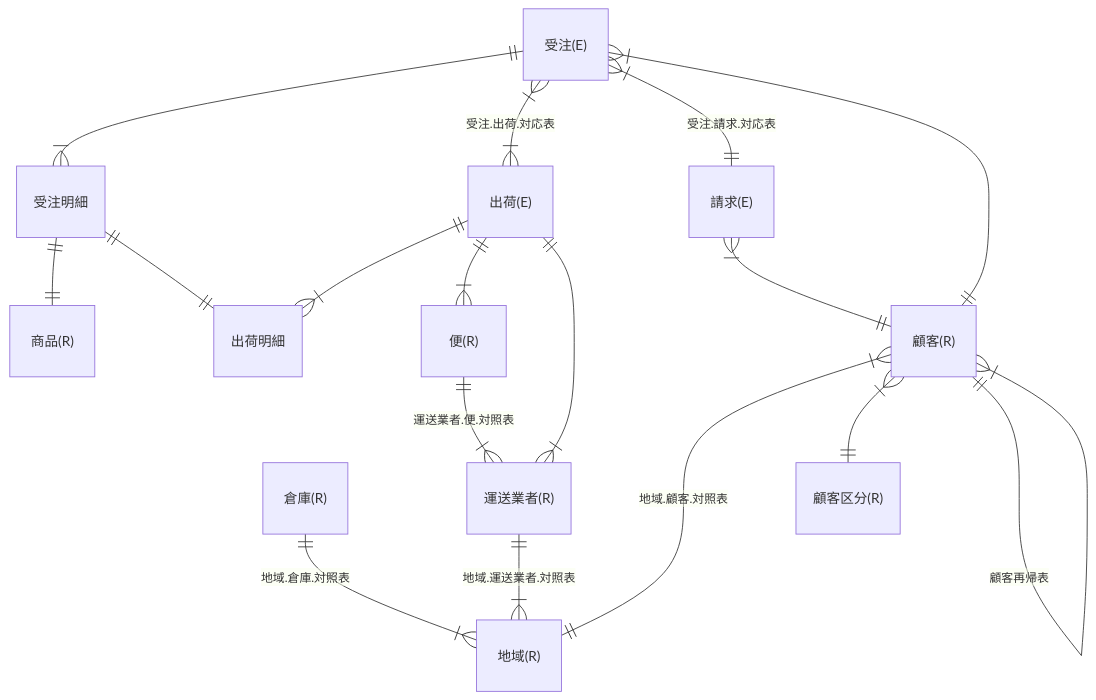
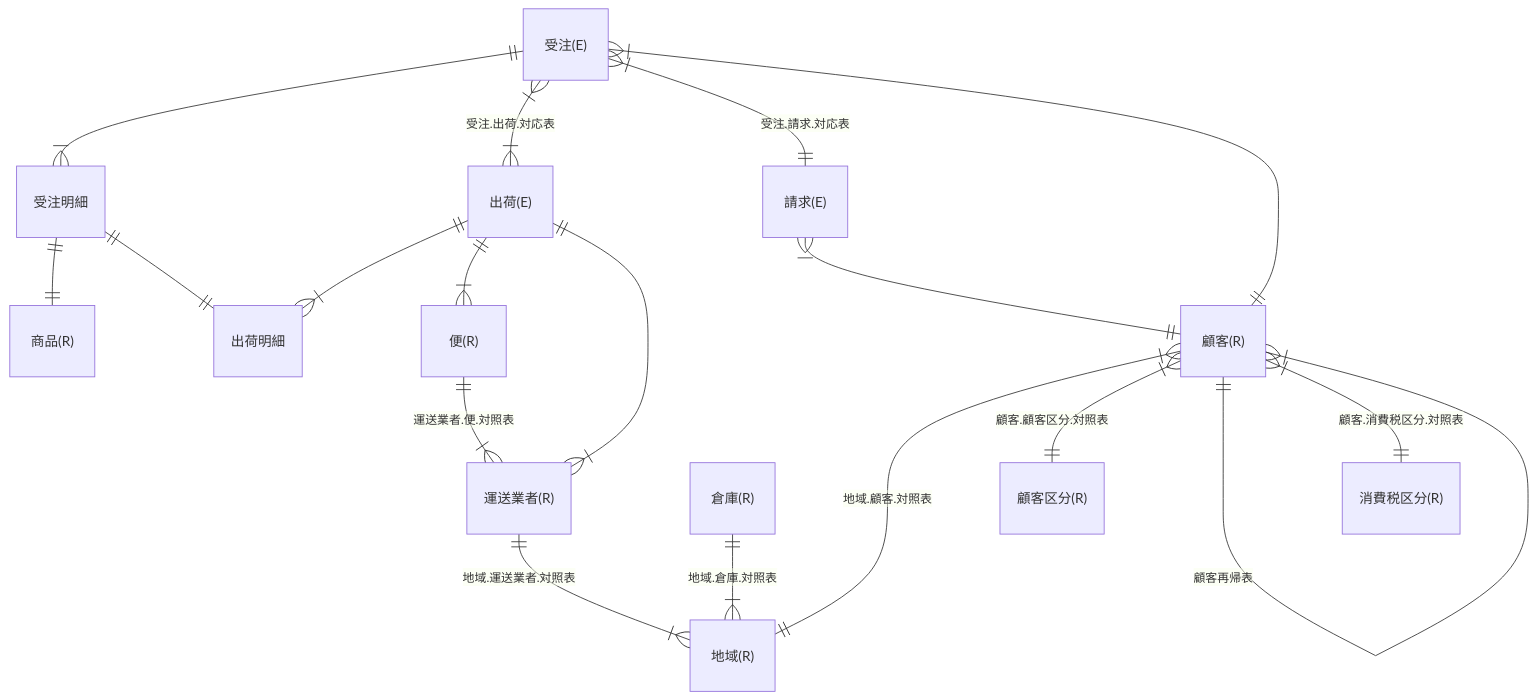
Before and after one commit to system-sekkei/tm-guide: the diagram in documents/data-model.md, drawn with Mermaid. The commit also changed 1 other file, not shown here.

Commit message:
消費税区分を追加

````diff
--- a/documents/data-model.md
+++ b/documents/data-model.md
@@ -1,20 +1,21 @@
 ```mermaid
 erDiagram
     "受注(E)" ||--|{ "受注明細" : ""
     "受注明細" ||--|| "商品(R)" : ""
     "出荷(E)" ||--|{ "出荷明細" : ""
     "受注明細" ||--|| "出荷明細" : ""
     "受注(E)" }|--|{ "出荷(E)" : "受注.出荷.対応表"
     "受注(E)" }|--|| "請求(E)" : "受注.請求.対応表"
     "受注(E)" }|--|| "顧客(R)" : ""
+    "出荷(E)" ||--|{ "便(R)" : ""
+    "出荷(E)" ||--|{ "運送業者(R)" : ""
+    "請求(E)" }|--|| "顧客(R)" : ""
     "顧客(R)" }|--|| "地域(R)" : "地域.顧客.対照表"
     "倉庫(R)" ||--|{ "地域(R)" : "地域.倉庫.対照表"
     "運送業者(R)" ||--|{ "地域(R)" : "地域.運送業者.対照表"
     "便(R)" ||--|{ "運送業者(R)" : "運送業者.便.対照表"
-    "出荷(E)" ||--|{ "便(R)" : ""
-    "出荷(E)" ||--|{ "運送業者(R)" : ""
-    "顧客(R)" }|--|| "顧客区分(R)" : ""
-    "請求(E)" }|--|| "顧客(R)" : ""
+    "顧客(R)" }|--|| "顧客区分(R)" : "顧客.顧客区分.対照表"
     "顧客(R)" ||--|{ "顧客(R)" : "顧客再帰表"
+    "顧客(R)" }|--|| "消費税区分(R)" : "顧客.消費税区分.対照表"
 
 ```
````
